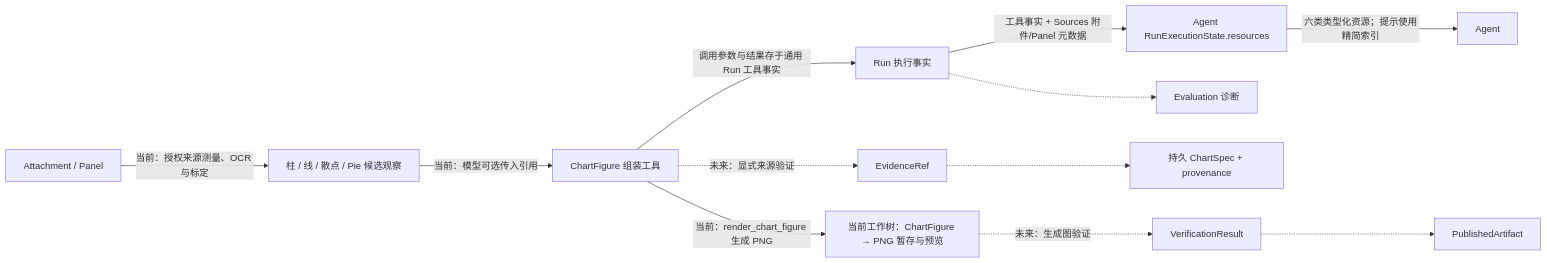
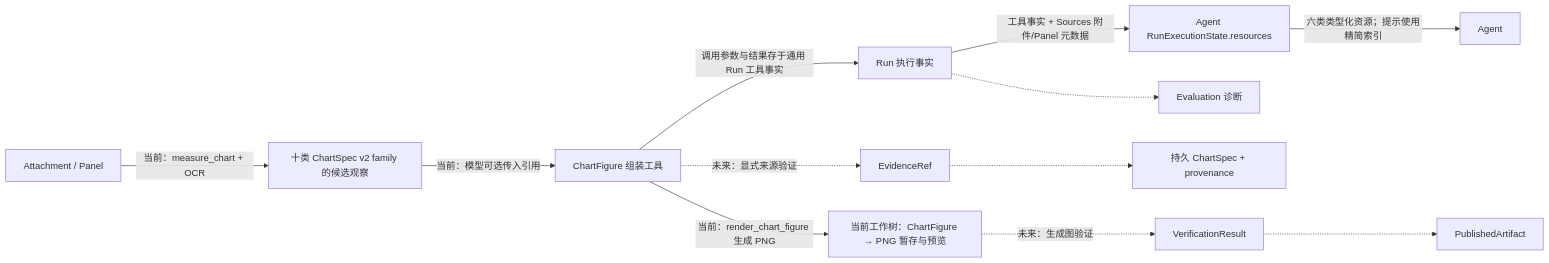
Before and after one commit to YeZibn/Figura: the second of 2 diagrams in docs/figura-implementation-overview.md, drawn with Mermaid. The commit also changed other lines of this file and 93 other files, not shown here.

Commit message:
feat: 统一图表测量工具为 measure_chart，支持十大图表

````diff
--- a/docs/figura-implementation-overview.md
+++ b/docs/figura-implementation-overview.md
@@ -97,14 +97,14 @@
 ```mermaid
 flowchart LR
-    Image[Attachment / Panel] -->|当前：授权来源测量、OCR 与标定| Measure[柱 / 线 / 散点 / Pie 候选观察]
+    Image[Attachment / Panel] -->|当前：measure_chart + OCR| Measure[十类 ChartSpec v2 family 的候选观察]
     Measure -->|当前：模型可选传入引用| Figure[ChartFigure 组装工具]
     Figure -->|调用参数与结果存于通用 Run 工具事实| Runtime[Runtime]
     Runtime -->|工具事实 + Sources 附件/Panel 元数据| State[Agent RunExecutionState.resources]
     State -->|六类类型化资源；提示使用精简索引| Agent[Agent]
     Figure -.->|未来：显式来源验证| Choice[EvidenceRef]
     Choice -.-> Spec[持久 ChartSpec + provenance]
     Figure -->|当前：render_chart_figure 生成 PNG| Render[当前工作树：ChartFigure → PNG 暂存与预览]
     Render -.->|未来：生成图验证| Verify[VerificationResult]
     Verify -.-> Publish[PublishedArtifact]
     Runtime[Run 执行事实] -.-> Eval[Evaluation 诊断]
 ```
````
